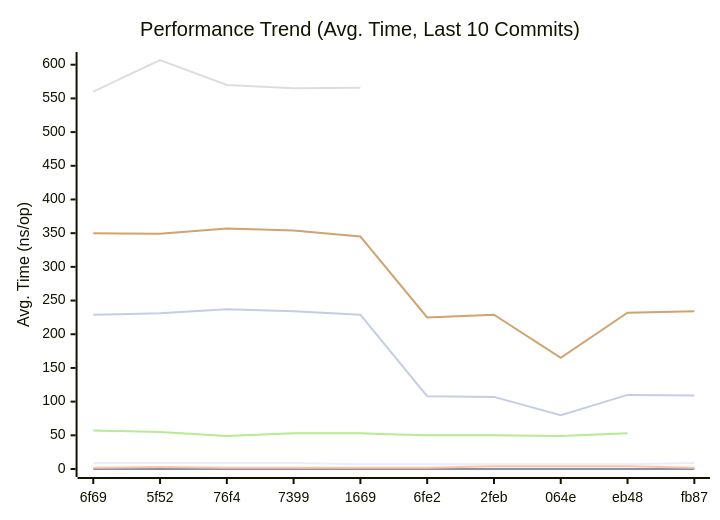
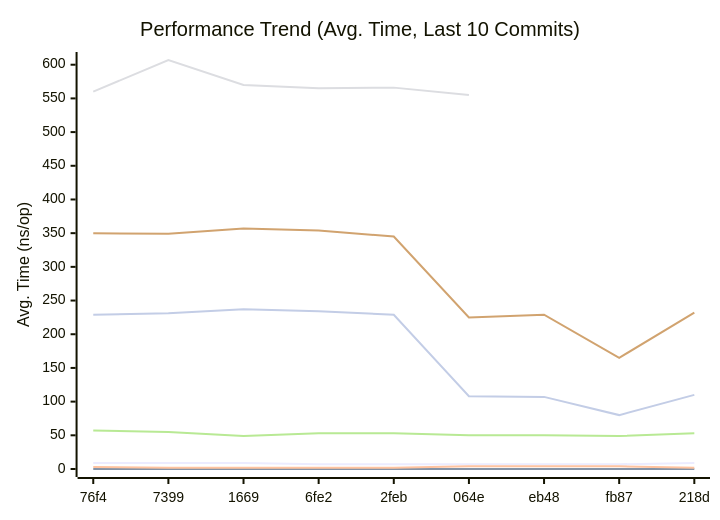
The first of 3 diagrams in doc/README.md (alsotoes/momo), drawn with Mermaid before and after one commit. The commit also changed other lines of this file and 1 other file, not shown here.

````diff
--- a/doc/README.md
+++ b/doc/README.md
@@ -296,14 +296,14 @@
 ```mermaid
 xychart-beta
     title "Performance Trend (Avg. Time, Last 10 Commits)"
     x-axis "Commit"
     y-axis "Avg. Time (ns/op)"
-    x-axis [6f69,5f52,76f4,7399,1669,6fe2,2feb,064e,eb48,fb87]
-    line "CheckMetricsAndSwap" [9,9,9,9,7,7,7,7,7,9]
+    x-axis [76f4,7399,1669,6fe2,2feb,064e,eb48,fb87,218d]
+    line "CheckMetricsAndSwap" [9,9,9,7,7,7,7,7,9,9]
     line "IndexDirectTracking" [0,0,0,0,0,0,0,0,0,0]
-    line "IndexSearch" [2,3,2,2,2,2,4,4,4,2]
-    line "LoadGlobalConfig" [560,607,570,565,566]
-    line "PadString" [57,55,49,53,53,50,50,49,53]
+    line "IndexSearch" [3,2,2,2,2,4,4,4,2,2]
+    line "LoadGlobalConfig" [560,607,570,565,566,555]
+    line "PadString" [57,55,49,53,53,50,50,49,53,53]
     line "ParseReplicationOrder_NoPrealloc" [350,349,357,354,345,225,229,165,232,234]
     line "ParseReplicationOrder_Prealloc" [229,231,237,234,229,108,107,80,110,109]
 ```
````
